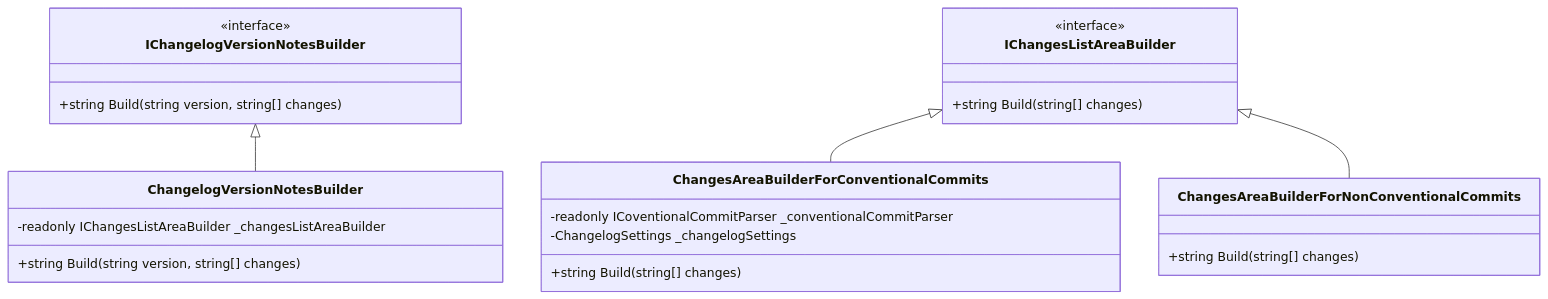
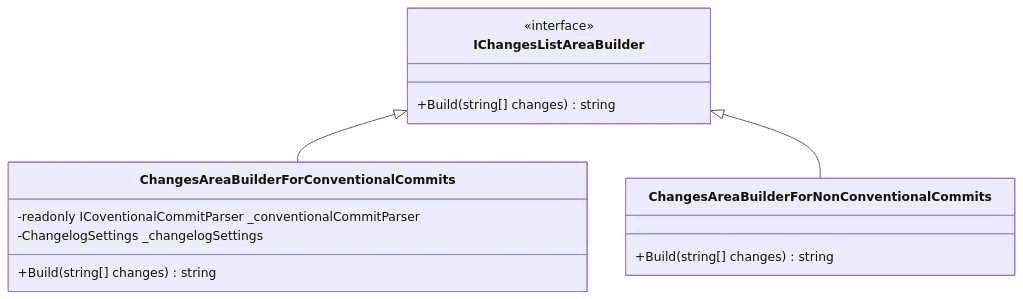
The third of 4 diagrams in docs/2-implementation.md (cangulo-nugets/cangulo.changelog.github.io), drawn with Mermaid before and after one commit. The commit also changed other lines of this file and 2 other files, not shown here.

````diff
--- a/docs/2-implementation.md
+++ b/docs/2-implementation.md
@@ -85,41 +110,28 @@
 ```mermaid
 
  classDiagram
-      IChangelogVersionNotesBuilder <|-- ChangelogVersionNotesBuilder
       IChangesListAreaBuilder <|-- ChangesAreaBuilderForConventionalCommits
       IChangesListAreaBuilder <|-- ChangesAreaBuilderForNonConventionalCommits
 
-      class IChangelogVersionNotesBuilder {
-        <<interface>>
-        +string Build(string version, string[] changes)
-      }
-      
-      class ChangelogVersionNotesBuilder{
-        -readonly IChangesListAreaBuilder _changesListAreaBuilder
-        +string Build(string version, string[] changes)
-      }
-
       class IChangesListAreaBuilder {
         <<interface>>
-        +string Build(string[] changes)
+        +Build(string[] changes) string
       }
 
 
       class ChangesAreaBuilderForConventionalCommits {
         -readonly ICoventionalCommitParser _conventionalCommitParser
         -ChangelogSettings _changelogSettings
-        +string Build(string[] changes)
+        +Build(string[] changes) string
       }
 
       class ChangesAreaBuilderForNonConventionalCommits {
-        +string Build(string[] changes)
+        +Build(string[] changes) string
       }
 
       %% Links
-      click IChangelogVersionNotesBuilder href "https://github.com/cangulo-nugets/cangulo.changelog/blob/main/src/cangulo.changelog/Builders/ChangelogVersionNotesBuilder.cs"
-      click ChangelogVersionNotesBuilder href "https://github.com/cangulo-nugets/cangulo.changelog/blob/main/src/cangulo.changelog/Builders/ChangelogVersionNotesBuilder.cs"
       click IChangesListAreaBuilder href "https://github.com/cangulo-nugets/cangulo.changelog/blob/main/src/cangulo.changelog/Builders/IChangesListAreaBuilder.cs"
       click ChangesAreaBuilderForConventionalCommits href "https://github.com/cangulo-nugets/cangulo.changelog/blob/main/src/cangulo.changelog/Builders/ConventionalCommits/ChangesAreaBuilderForConventionalCommits.cs"
       click ChangesAreaBuilderForNonConventionalCommits href "https://github.com/cangulo-nugets/cangulo.changelog/blob/main/src/cangulo.changelog/Builders/NonConventionalCommits/ChangesAreaBuilderForNonConventionalCommits.cs"
 
 ```
````
